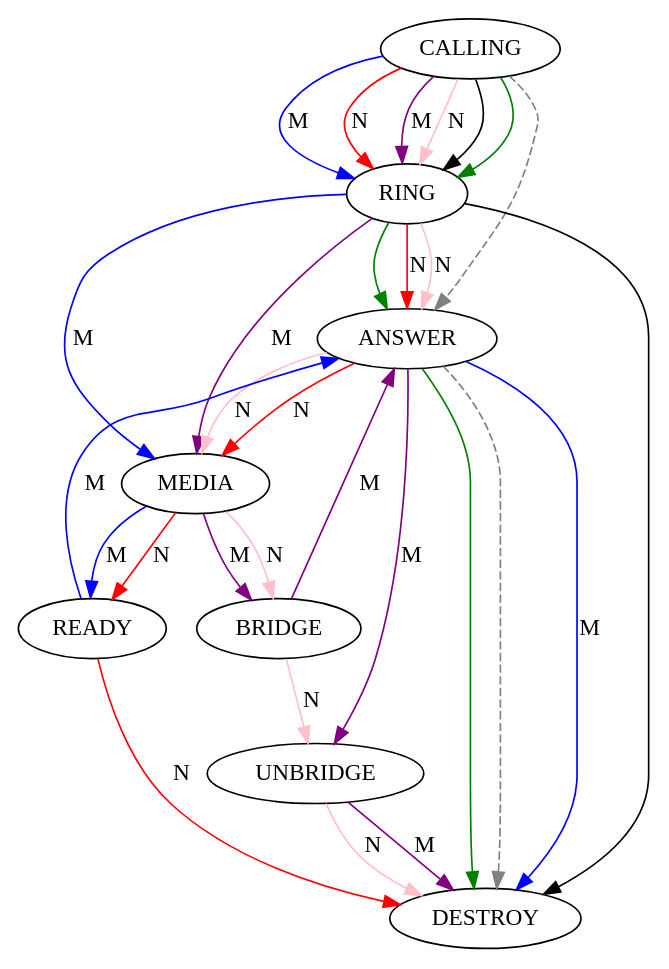
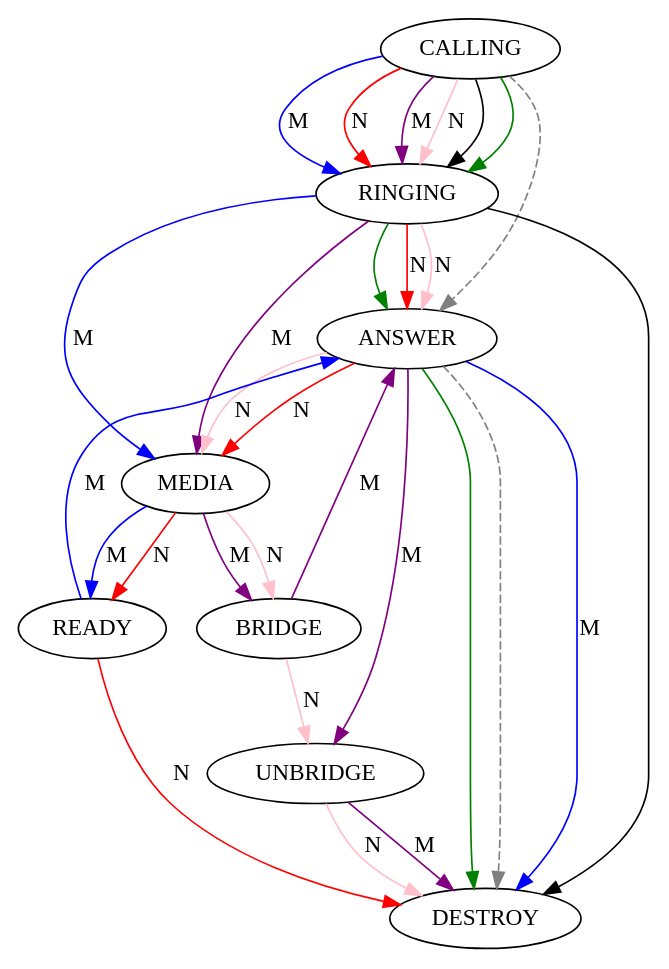
One commit to xswitch-cn/xctrl changed the second of 2 diagrams in core/README.md. Above: the diagram before and after it, drawn with Graphviz. The commit also changed other lines of this file, not shown here.

Commit message:
use RINGING for chanel state

````diff
--- a/core/README.md
+++ b/core/README.md
@@ -312,11 +312,11 @@
 ```graphviz
 digraph G {
-	CALLING -> RING -> DESTROY
-	CALLING -> RING -> ANSWER -> DESTROY[color=green]
+	CALLING -> RINGING -> DESTROY
+	CALLING -> RINGING -> ANSWER -> DESTROY[color=green]
 	CALLING -> ANSWER -> DESTROY[style=dashed color=grey]
-	CALLING -> RING -> MEDIA -> READY -> ANSWER -> DESTROY[color=blue label="M"]
-	CALLING -> RING -> ANSWER -> MEDIA -> READY-> DESTROY[color=red label="N"]
-	CALLING -> RING -> MEDIA -> BRIDGE -> ANSWER -> UNBRIDGE -> DESTROY[color=purple label="M"]
-	CALLING -> RING -> ANSWER -> MEDIA -> BRIDGE -> UNBRIDGE -> DESTROY[color=pink label=N]
+	CALLING -> RINGING -> MEDIA -> READY -> ANSWER -> DESTROY[color=blue label="M"]
+	CALLING -> RINGING -> ANSWER -> MEDIA -> READY-> DESTROY[color=red label="N"]
+	CALLING -> RINGING -> MEDIA -> BRIDGE -> ANSWER -> UNBRIDGE -> DESTROY[color=purple label="M"]
+	CALLING -> RINGING -> ANSWER -> MEDIA -> BRIDGE -> UNBRIDGE -> DESTROY[color=pink label=N]
 }
 ```
````
